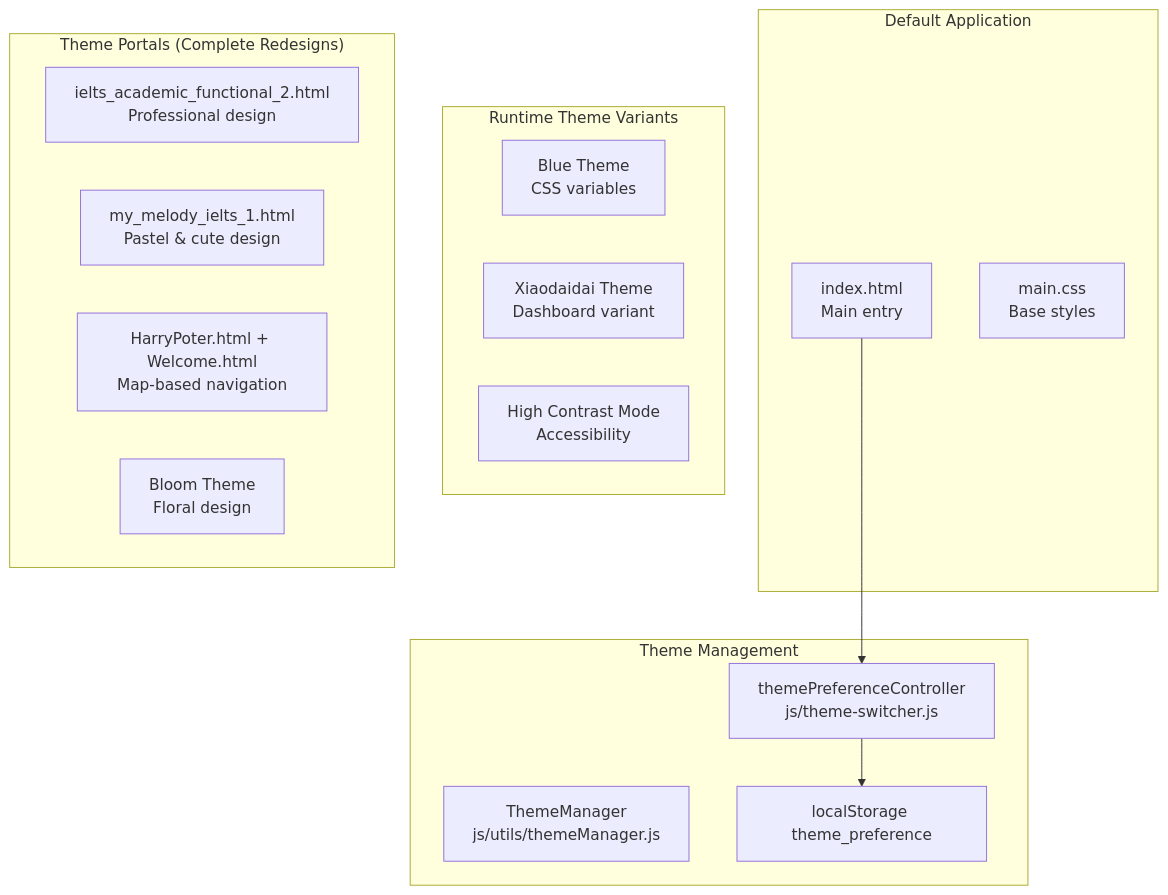
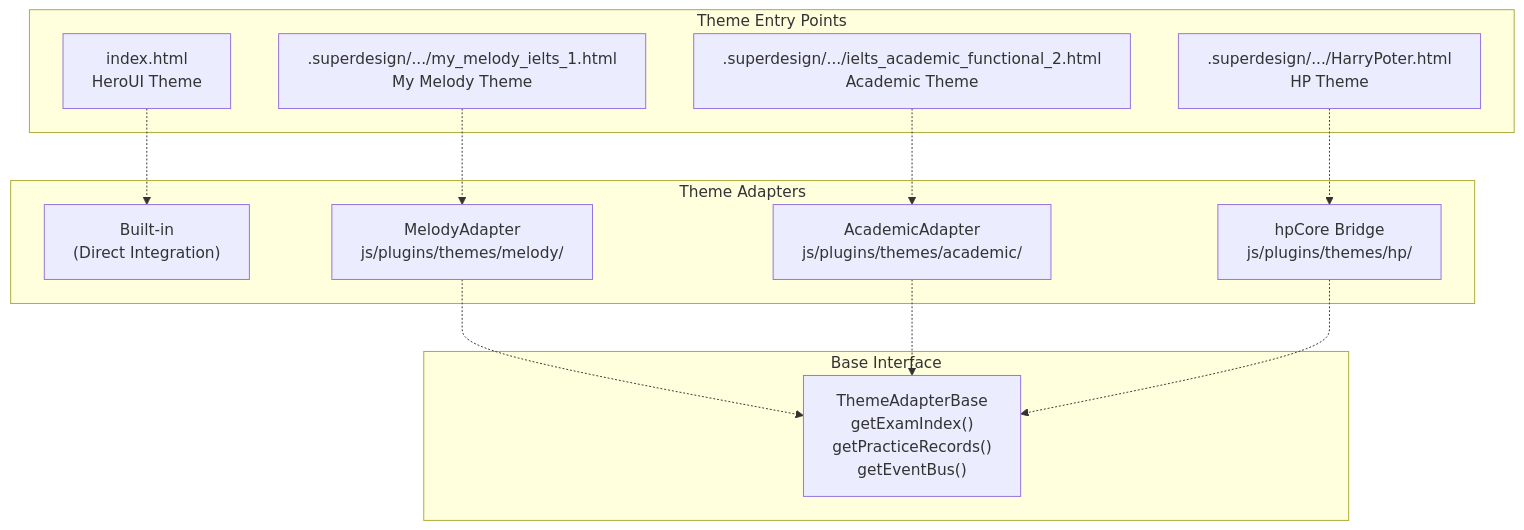
One commit to sallowayma-git/IELTS-practice changed the sixth of 6 diagrams in developer/doc/Wiki/IELTS-Practice-System-Overview.md. Above: the diagram before and after it, drawn with Mermaid. The commit also changed other lines of this file and 84 other files, not shown here.

````diff
--- a/developer/doc/Wiki/IELTS-Practice-System-Overview.md
+++ b/developer/doc/Wiki/IELTS-Practice-System-Overview.md
@@ -784,43 +403,39 @@
 ```mermaid
 flowchart TD
 
-BLUE["Blue Theme<br>CSS variables"]
-XIAODAIDAI["Xiaodaidai Theme<br>Dashboard variant"]
-CONTRAST["High Contrast Mode<br>Accessibility"]
-ACADEMIC["ielts_academic_functional_2.html<br>Professional design"]
-MELODY["my_melody_ielts_1.html<br>Pastel & cute design"]
-HP2["HarryPoter.html + Welcome.html<br>Map-based navigation"]
-BLOOM["Bloom Theme<br>Floral design"]
-TPC["themePreferenceController<br>js/theme-switcher.js"]
-TM2["ThemeManager<br>js/utils/themeManager.js"]
-STORAGE2["localStorage theme_preference"]
-INDEX2["index.html<br>Main entry"]
-MAINCSS["main.css<br>Base styles"]
+Index["index.html<br>HeroUI Theme"]
+Melody[".superdesign/.../my_melody_ielts_1.html<br>My Melody Theme"]
+Academic[".superdesign/.../ielts_academic_functional_2.html<br>Academic Theme"]
+HP[".superdesign/.../HarryPoter.html<br>HP Theme"]
+HeroAdapter["Built-in<br>(Direct Integration)"]
+MelodyAdapter["MelodyAdapter<br>js/plugins/themes/melody/"]
+AcademicAdapter["AcademicAdapter<br>js/plugins/themes/academic/"]
+HPCore["hpCore Bridge<br>js/plugins/themes/hp/"]
+ThemeBase["ThemeAdapterBase<br>getExamIndex()<br>getPracticeRecords()<br>getEventBus()"]
 
-INDEX2 --> TPC
+Index -.-> HeroAdapter
+Melody -.-> MelodyAdapter
+Academic -.-> AcademicAdapter
+HP -.-> HPCore
+MelodyAdapter -.-> ThemeBase
+AcademicAdapter -.-> ThemeBase
+HPCore -.-> ThemeBase
 
-subgraph Default ["Default Application"]
-    INDEX2
-    MAINCSS
+subgraph Base ["Base Interface"]
+    ThemeBase
 end
 
-subgraph Management ["Theme Management"]
-    TPC
-    TM2
-    STORAGE2
-    TPC --> STORAGE2
+subgraph Adapters ["Theme Adapters"]
+    HeroAdapter
+    MelodyAdapter
+    AcademicAdapter
+    HPCore
 end
 
-subgraph Runtime ["Runtime Theme Variants"]
-    BLUE
-    XIAODAIDAI
-    CONTRAST
-end
-
-subgraph Portals ["Theme Portals (Complete Redesigns)"]
-    ACADEMIC
-    MELODY
-    HP2
-    BLOOM
+subgraph Themes ["Theme Entry Points"]
+    Index
+    Melody
+    Academic
+    HP
 end
 ```
````
